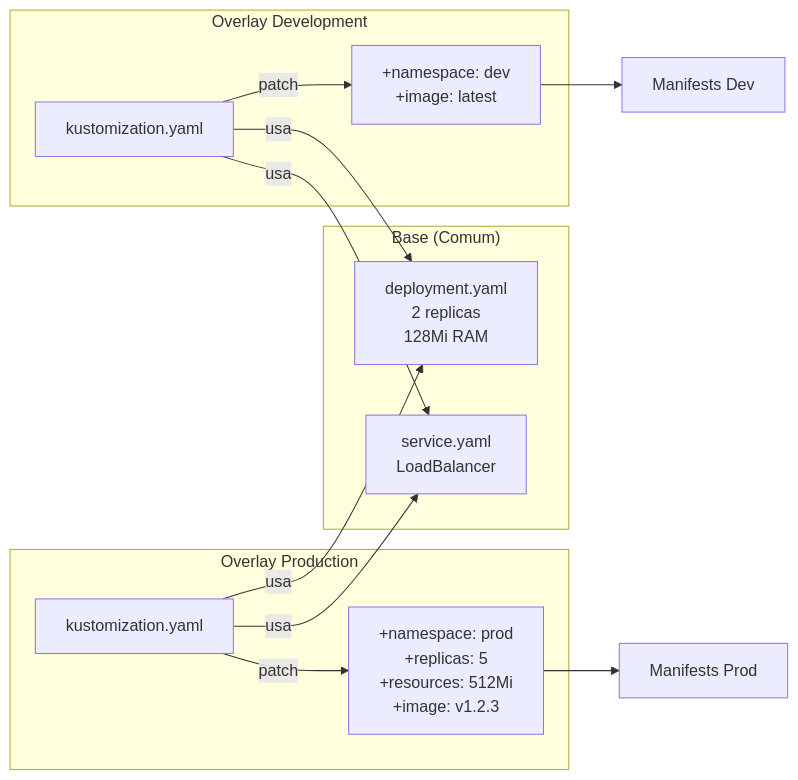
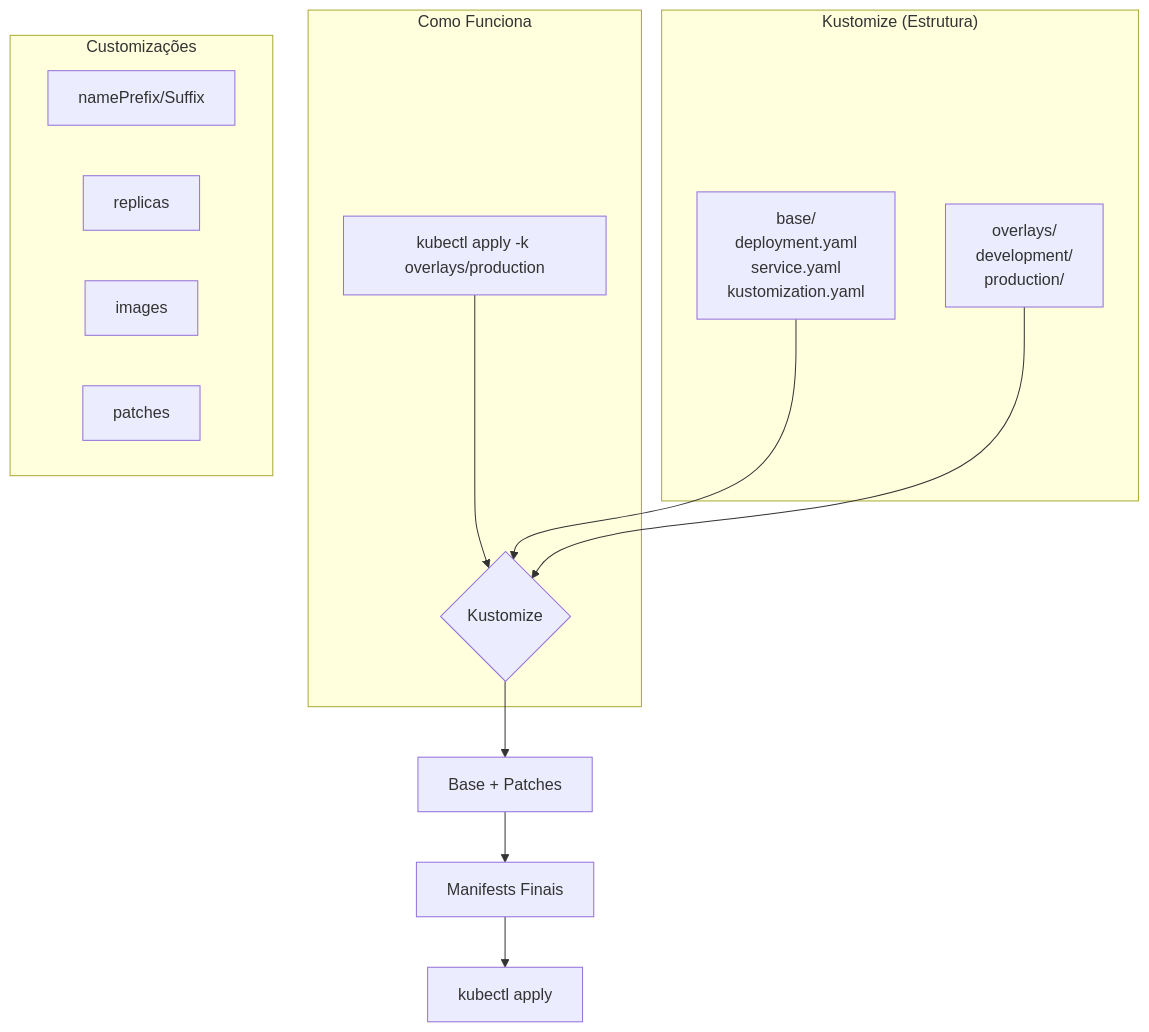
Before and after one commit to LucasMorgani/fiap-dclt-aula03: the second of 5 diagrams in VIDEO-3.2-PASSO-A-PASSO.md, drawn with Mermaid. The commit also changed other lines of this file and 1 other file, not shown here.

Commit message:
Remover guia de Kustomize e simplificar documentação do Vídeo 3.2 para focar na reutilização do cluster EKS existente da Aula 01

````diff
--- a/VIDEO-3.2-PASSO-A-PASSO.md
+++ b/VIDEO-3.2-PASSO-A-PASSO.md
@@ -315,22 +113,24 @@
 ```mermaid
-graph LR
-    subgraph "Base (Comum)"
-        A[deployment.yaml<br/>2 replicas<br/>128Mi RAM]
-        B[service.yaml<br/>LoadBalancer]
+graph TB
+    subgraph "Kustomize (Estrutura)"
+        A[base/<br/>deployment.yaml<br/>service.yaml<br/>kustomization.yaml]
+        B[overlays/<br/>development/<br/>production/]
     end
     
-    subgraph "Overlay Development"
-        C[kustomization.yaml] -->|usa| A
-        C -->|usa| B
-        C -->|patch| D[+namespace: dev<br/>+image: latest]
+    subgraph "Como Funciona"
+        C[kubectl apply -k overlays/production] --> D{Kustomize}
+        A --> D
+        B --> D
     end
     
-    subgraph "Overlay Production"
-        E[kustomization.yaml] -->|usa| A
-        E -->|usa| B
-        E -->|patch| F[+namespace: prod<br/>+replicas: 5<br/>+resources: 512Mi<br/>+image: v1.2.3]
+    D --> E[Base + Patches]
+    E --> F[Manifests Finais]
+    F --> G[kubectl apply]
+    
+    subgraph "Customizações"
+        H[namePrefix/Suffix]
+        I[replicas]
+        J[images]
+        K[patches]
     end
-    
-    D --> G[Manifests Dev]
-    F --> H[Manifests Prod]
 ```
````
